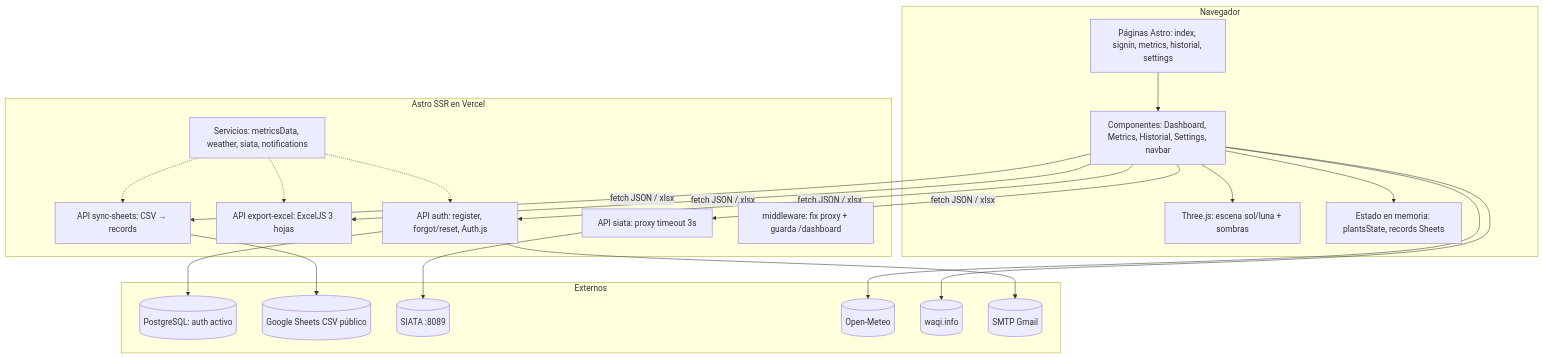
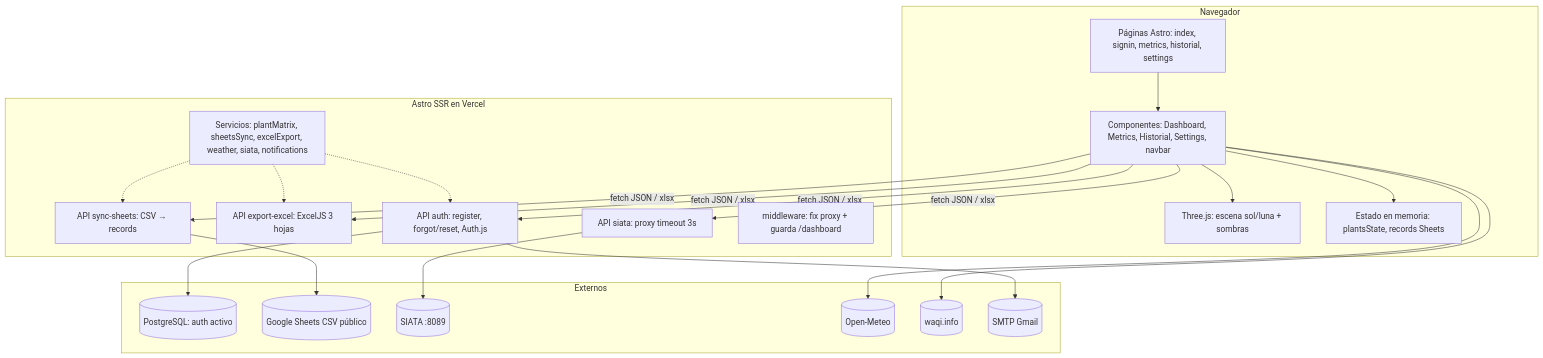
Before and after one commit to Jdgb22/Proyect_invernadero: the second of 4 diagrams in docs/UML.md, drawn with Mermaid. The commit also changed 70 other files, not shown here.

````diff
--- a/docs/UML.md
+++ b/docs/UML.md
@@ -66,34 +66,34 @@
 ```mermaid
 flowchart TB
     subgraph Client[Navegador]
         Pags[Páginas Astro: index, signin, metrics, historial, settings]
         Comp[Componentes: Dashboard, Metrics, Historial, Settings, navbar]
         T3[Three.js: escena sol/luna + sombras]
         LS[Estado en memoria: plantsState, records Sheets]
         Pags --> Comp
         Comp --> T3
         Comp --> LS
     end
     subgraph Server[Astro SSR en Vercel]
         APIAuth[API auth: register, forgot/reset, Auth.js]
         APIXLS[API export-excel: ExcelJS 3 hojas]
         APISync[API sync-sheets: CSV → records]
         APIProxy[API siata: proxy timeout 3s]
-        Svc[Servicios: metricsData, weather, siata, notifications]
+        Svc[Servicios: plantMatrix, sheetsSync, excelExport, weather, siata, notifications]
         MW[middleware: fix proxy + guarda /dashboard]
     end
     subgraph Ext[Externos]
         PG[(PostgreSQL: auth activo)]
         SHEETS[(Google Sheets CSV público)]
         SIATA[(SIATA :8089)]
         OM[(Open-Meteo)]
         AQI[(waqi.info)]
         SMTP[(SMTP Gmail)]
     end
     Comp -->|fetch JSON / xlsx| APIAuth & APIXLS & APISync & APIProxy
     APIAuth --> PG & SMTP
     APISync --> SHEETS
     APIProxy --> SIATA
     Comp --> OM & AQI
     Svc -.-> APIAuth & APIXLS & APISync
 ```
````
